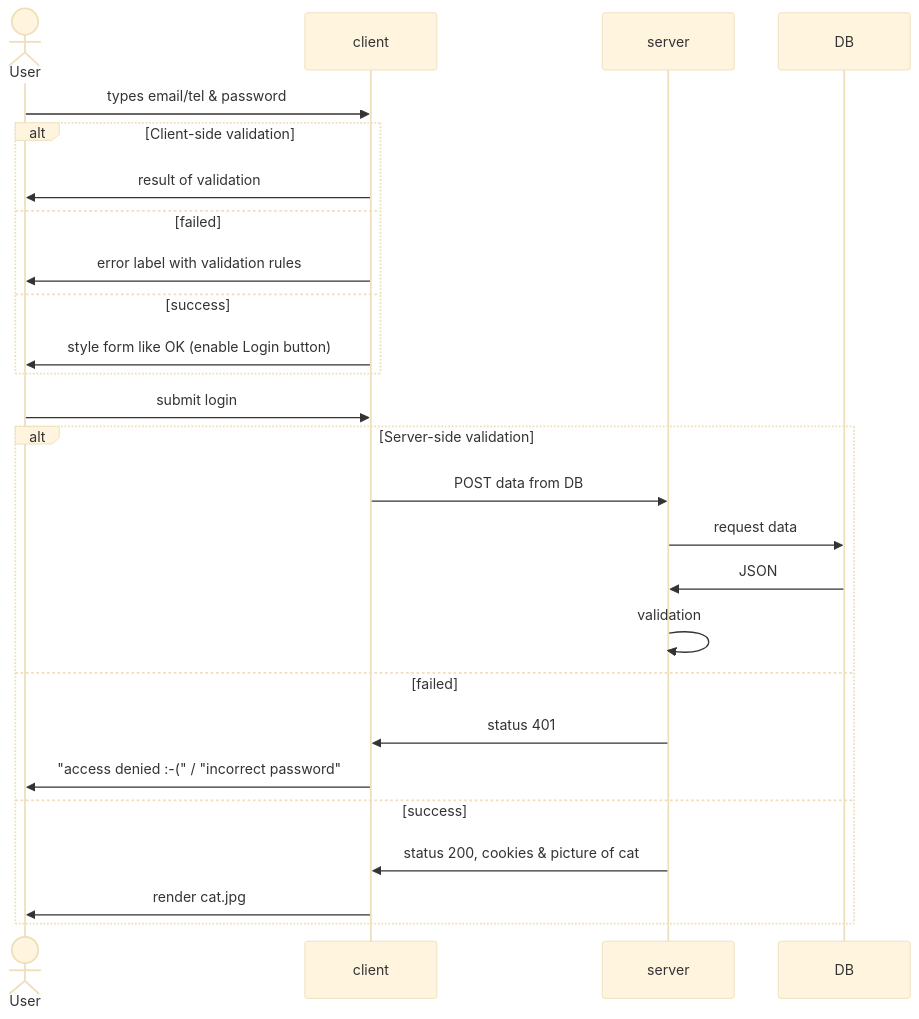
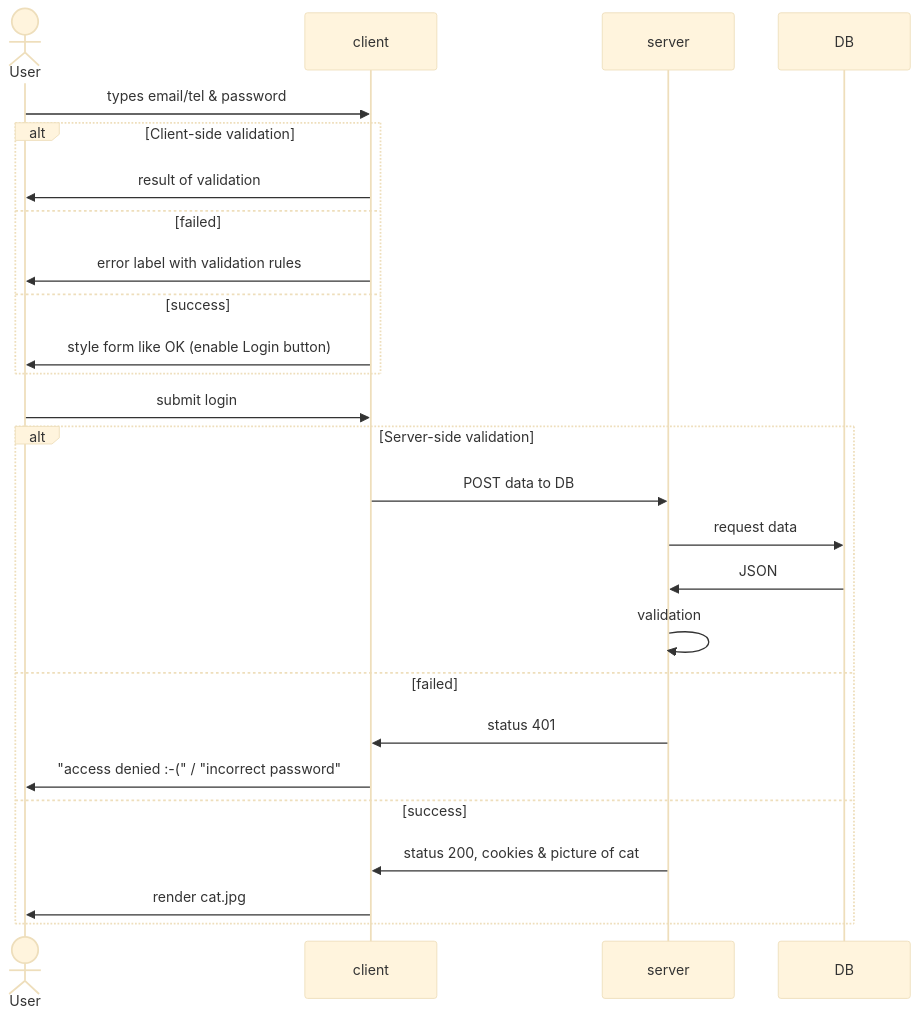
Before and after one commit to PoliGanina/ganina_rmr_hw_server: the diagram in mermaid.md, drawn with Mermaid (base theme).

Commit message:
updated diagram v3

````diff
--- a/mermaid.md
+++ b/mermaid.md
@@ -1,34 +1,34 @@
 ```mermaid
 sequenceDiagram
     %%https://mermaid-js.github.io/mermaid/#/sequenceDiagram
     actor User
     participant client
     participant server
     participant DB
 
     User->>client: types email/tel & password 
 
     alt Client-side validation
         client->>User: result of validation
     else failed
         client->>User: error label with validation rules
     else success
         client->>User: style form like OK (enable Login button)
     end
 
     User->>client: submit login
 
     alt Server-side validation
-        client->>server: POST data from DB
+        client->>server: POST data to DB
         server->>DB: request data 
         DB->>server: JSON
         server->>server: validation
     else failed
         server->>client: status 401
         client->>User: "access denied :-(" / "incorrect password"
     else success
         server->>client: status 200, cookies & picture of cat
         client->>User: render cat.jpg
     end
 
 ```
````
